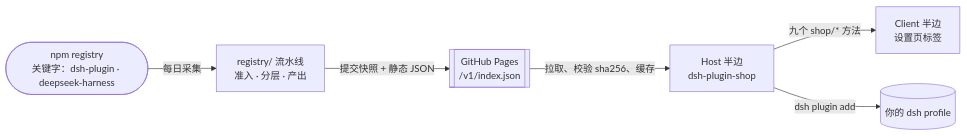
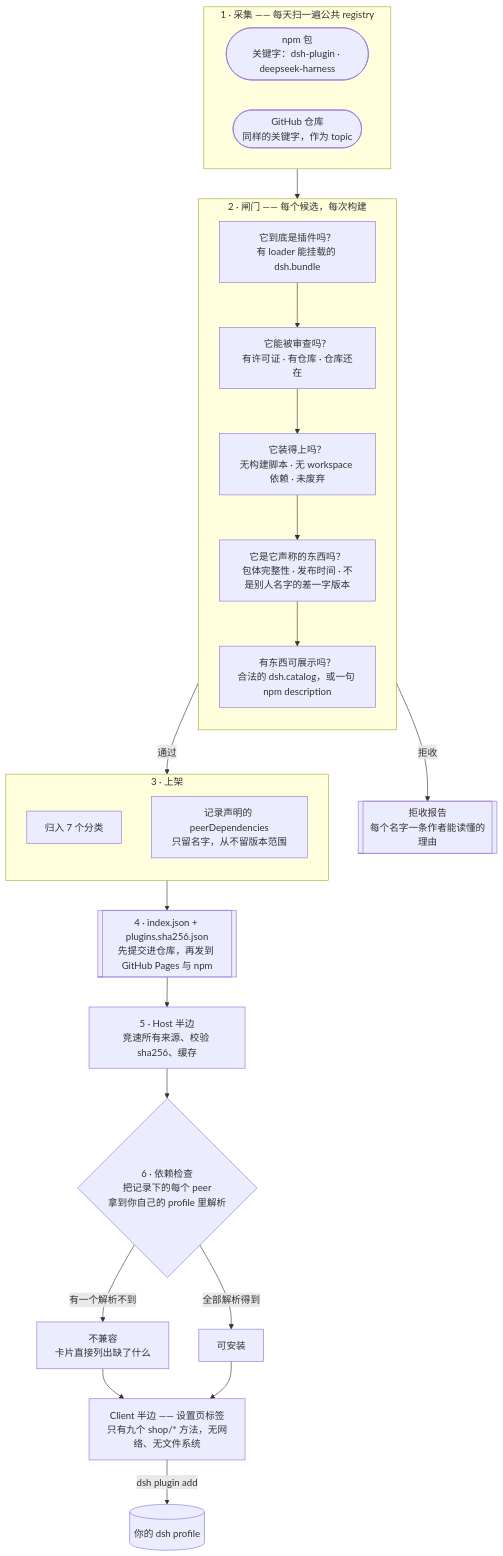
Before and after one commit to LivXue/dsh-plugin-shop: the diagram in README.zh.md, drawn with Mermaid. The commit also changed other lines of this file and 3 other files, not shown here.

````diff
--- a/README.zh.md
+++ b/README.zh.md
@@ -40,8 +50,36 @@
 ```mermaid
-flowchart LR
-  npm(["npm registry<br/>关键字：dsh-plugin · deepseek-harness"]) -->|每日采集| build["registry/ 流水线<br/>准入 · 分层 · 产出"]
-  build -->|提交快照 + 静态 JSON| pages[["GitHub Pages<br/>/v1/index.json"]]
-  pages -->|拉取、校验 sha256、缓存| host["Host 半边<br/>dsh-plugin-shop"]
-  host -->|九个 shop/* 方法| client["Client 半边<br/>设置页标签"]
-  host -->|dsh plugin add| profile[("你的 dsh profile")]
+flowchart TB
+  subgraph HARVEST["1 · 采集 —— 每天扫一遍公共 registry"]
+    direction LR
+    NPM(["npm 包<br/>关键字：dsh-plugin · deepseek-harness"])
+    GH(["GitHub 仓库<br/>同样的关键字，作为 topic"])
+  end
+
+  subgraph GATE["2 · 闸门 —— 每个候选，每次构建"]
+    direction TB
+    G1["它到底是插件吗？<br/>有 loader 能挂载的 dsh.bundle"]
+    G2["它能被审查吗？<br/>有许可证 · 有仓库 · 仓库还在"]
+    G3["它装得上吗？<br/>无构建脚本 · 无 workspace 依赖 · 未废弃"]
+    G4["它是它声称的东西吗？<br/>包体完整性 · 发布时间 · 不是别人名字的差一字版本"]
+    G5["有东西可展示吗？<br/>合法的 dsh.catalog，或一句 npm description"]
+    G1 --> G2 --> G3 --> G4 --> G5
+  end
+
+  subgraph SHELVE["3 · 上架"]
+    direction TB
+    CAT["归入 7 个分类"]
+    PEER["记录声明的 peerDependencies<br/>只留名字，从不留版本范围"]
+  end
+
+  HARVEST --> GATE
+  GATE -->|"拒收"| REJ[["拒收报告<br/>每个名字一条作者能读懂的理由"]]
+  GATE -->|"通过"| SHELVE
+  SHELVE --> PUB[["4 · index.json + plugins.sha256.json<br/>先提交进仓库，再发到 GitHub Pages 与 npm"]]
+  PUB --> HOST["5 · Host 半边<br/>竞速所有来源、校验 sha256、缓存"]
+  HOST --> DEP{"6 · 依赖检查<br/>把记录下的每个 peer<br/>拿到你自己的 profile 里解析"}
+  DEP -->|"有一个解析不到"| BAD["不兼容<br/>卡片直接列出缺了什么"]
+  DEP -->|"全部解析得到"| GOOD["可安装"]
+  BAD --> CLIENT["Client 半边 —— 设置页标签<br/>只有九个 shop/* 方法，无网络、无文件系统"]
+  GOOD --> CLIENT
+  CLIENT -->|"dsh plugin add"| PROF[("你的 dsh profile")]
 ```
````
